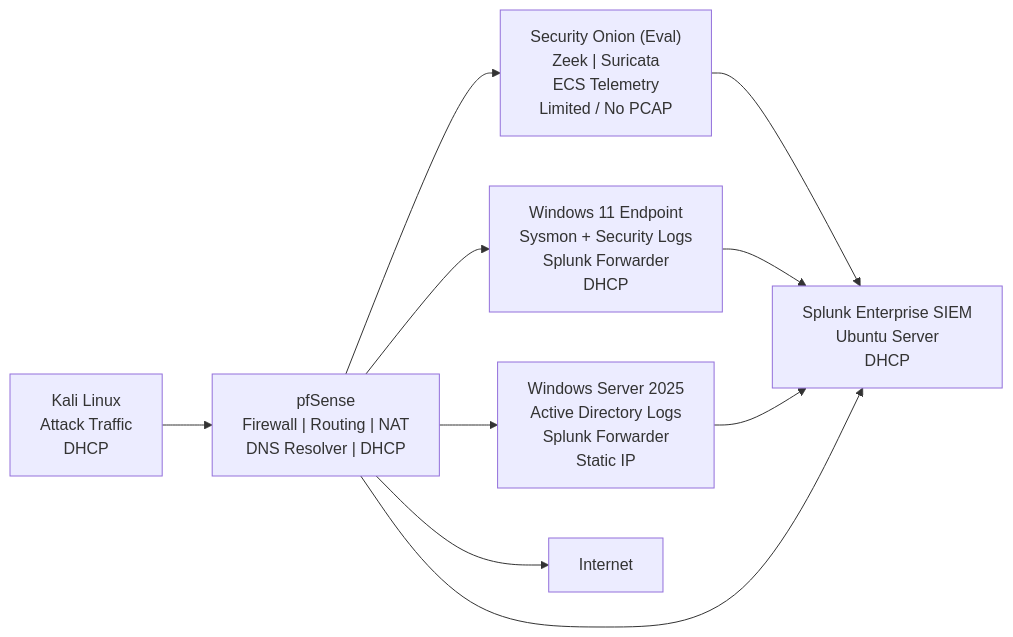
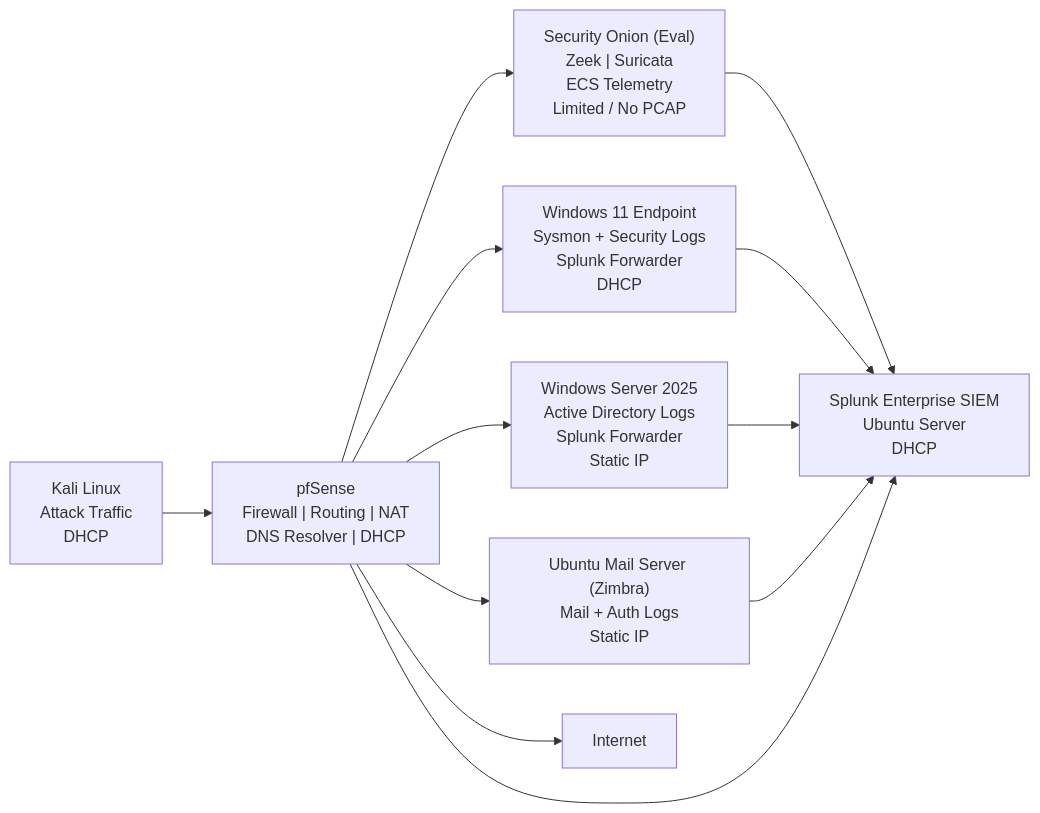
Before and after one commit to espcarlo27-byte/jce-cyber-lab: the diagram in architecture/network-log-flow.md, drawn with Mermaid. The commit also changed other lines of this file, not shown here.

Commit message:
Update network-log-flow.md 0131261103

````diff
--- a/architecture/network-log-flow.md
+++ b/architecture/network-log-flow.md
@@ -31,21 +35,24 @@
 ```mermaid
 flowchart LR
     Kali["Kali Linux\nAttack Traffic\nDHCP"]
     pfSense["pfSense\nFirewall | Routing | NAT\nDNS Resolver | DHCP"]
     Win11["Windows 11 Endpoint\nSysmon + Security Logs\nSplunk Forwarder\nDHCP"]
     AD["Windows Server 2025\nActive Directory Logs\nSplunk Forwarder\nStatic IP"]
+    Zimbra["Ubuntu Mail Server (Zimbra)\nMail + Auth Logs\nStatic IP"]
     SO["Security Onion (Eval)\nZeek | Suricata\nECS Telemetry\nLimited / No PCAP"]
     Splunk["Splunk Enterprise SIEM\nUbuntu Server\nDHCP"]
     Internet["Internet"]
 
     Kali --> pfSense --> Internet
     pfSense --> Win11
     pfSense --> AD
+    pfSense --> Zimbra
 
     pfSense --> SO
     SO --> Splunk
 
     Win11 --> Splunk
     AD --> Splunk
+    Zimbra --> Splunk
     pfSense --> Splunk
 ```
````
